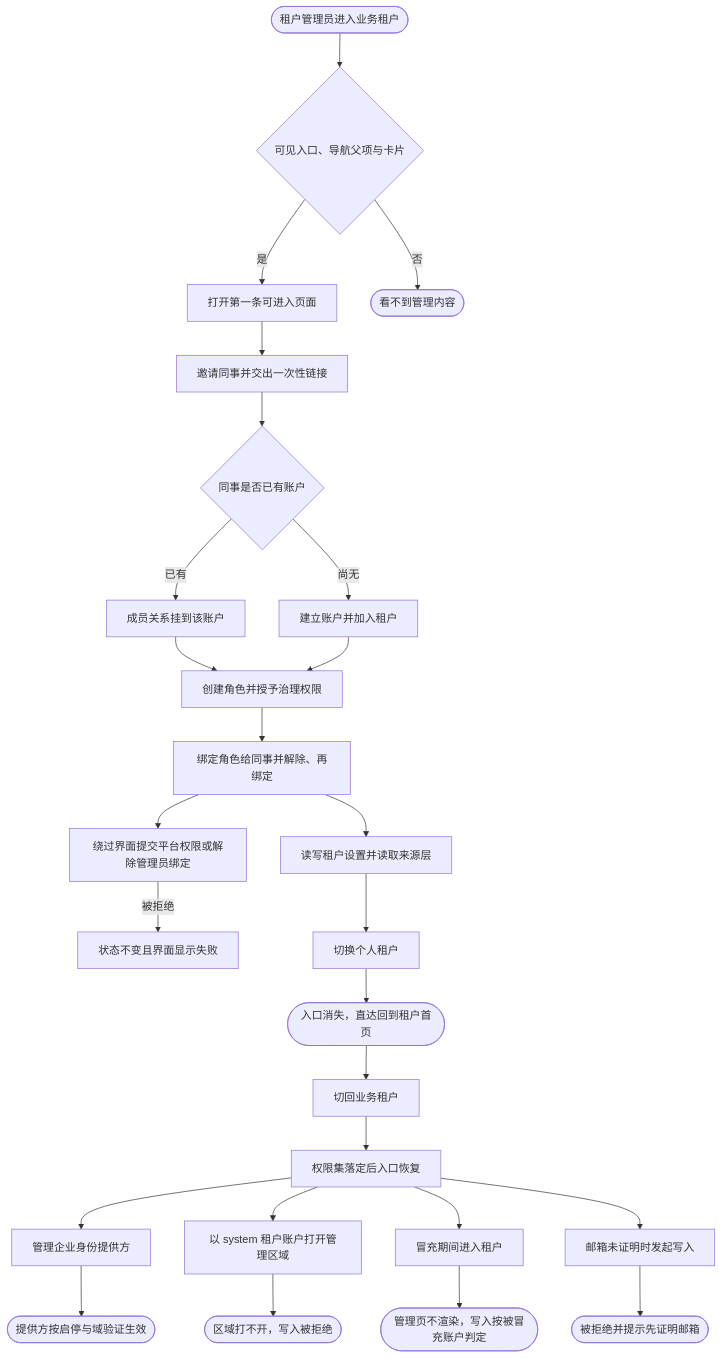
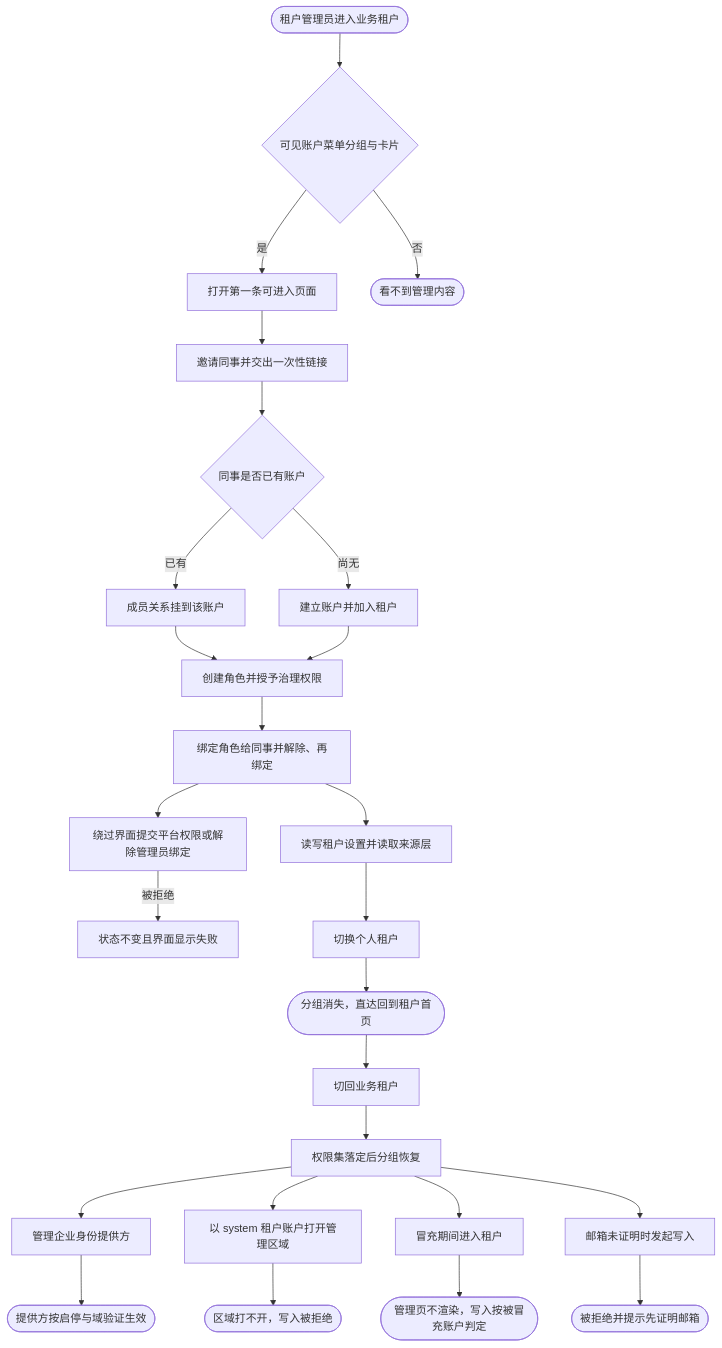
The diagram in docs/prd/journeys/journey-tenant-admin.md (wangzw/speed), drawn with Mermaid before and after one commit. The commit also changed other lines of this file and 16 other files, not shown here.

````diff
--- a/docs/prd/journeys/journey-tenant-admin.md
+++ b/docs/prd/journeys/journey-tenant-admin.md
@@ -72,28 +72,28 @@
 ```mermaid
 flowchart TD
-    A([租户管理员进入业务租户]) --> B{可见入口、导航父项与卡片}
+    A([租户管理员进入业务租户]) --> B{可见账户菜单分组与卡片}
     B -->|是| C[打开第一条可进入页面]
     B -->|否| Z([看不到管理内容])
     C --> D[邀请同事并交出一次性链接]
     D --> E{同事是否已有账户}
     E -->|已有| F[成员关系挂到该账户]
     E -->|尚无| G[建立账户并加入租户]
     F --> H[创建角色并授予治理权限]
     G --> H
     H --> I[绑定角色给同事并解除、再绑定]
     I --> J[绕过界面提交平台权限或解除管理员绑定]
     J -->|被拒绝| K[状态不变且界面显示失败]
     I --> L[读写租户设置并读取来源层]
     L --> M[切换个人租户]
-    M --> N([入口消失，直达回到租户首页])
+    M --> N([分组消失，直达回到租户首页])
     N --> O[切回业务租户]
-    O --> P[权限集落定后入口恢复]
+    O --> P[权限集落定后分组恢复]
     P --> Q[管理企业身份提供方]
     Q --> R([提供方按启停与域验证生效])
     P --> S[以 system 租户账户打开管理区域]
     S --> T([区域打不开，写入被拒绝])
     P --> U[冒充期间进入租户]
     U --> V([管理页不渲染，写入按被冒充账户判定])
     P --> W[邮箱未证明时发起写入]
     W --> X([被拒绝并提示先证明邮箱])
 ```
````
